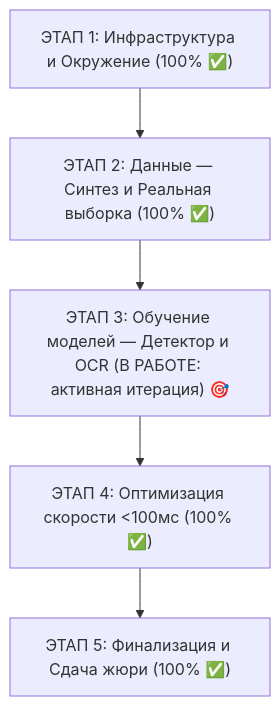
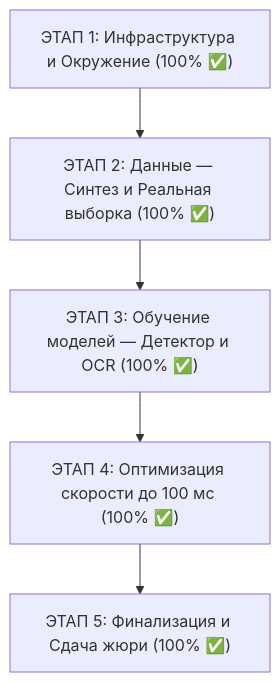
Before and after one commit to Vamsilver/OmniPlate-RU: the diagram in MASTER_PLAN.md, drawn with Mermaid. The commit also changed other lines of this file and 24 other files, not shown here.

Commit message:
docs(submission): record solo author Vasiliev R.A., update submission letter and fix mermaid diagrams syntax

````diff
--- a/MASTER_PLAN.md
+++ b/MASTER_PLAN.md
@@ -9,7 +9,7 @@
 ```mermaid
 flowchart TD
     S1["ЭТАП 1: Инфраструктура и Окружение (100% ✅)"] --> S2["ЭТАП 2: Данные — Синтез и Реальная выборка (100% ✅)"]
-    S2 --> S3["ЭТАП 3: Обучение моделей — Детектор и OCR (В РАБОТЕ: активная итерация) 🎯"]
-    S3 --> S4["ЭТАП 4: Оптимизация скорости <100мс (100% ✅)"]
+    S2 --> S3["ЭТАП 3: Обучение моделей — Детектор и OCR (100% ✅)"]
+    S3 --> S4["ЭТАП 4: Оптимизация скорости до 100 мс (100% ✅)"]
     S4 --> S5["ЭТАП 5: Финализация и Сдача жюри (100% ✅)"]
 ```
````
